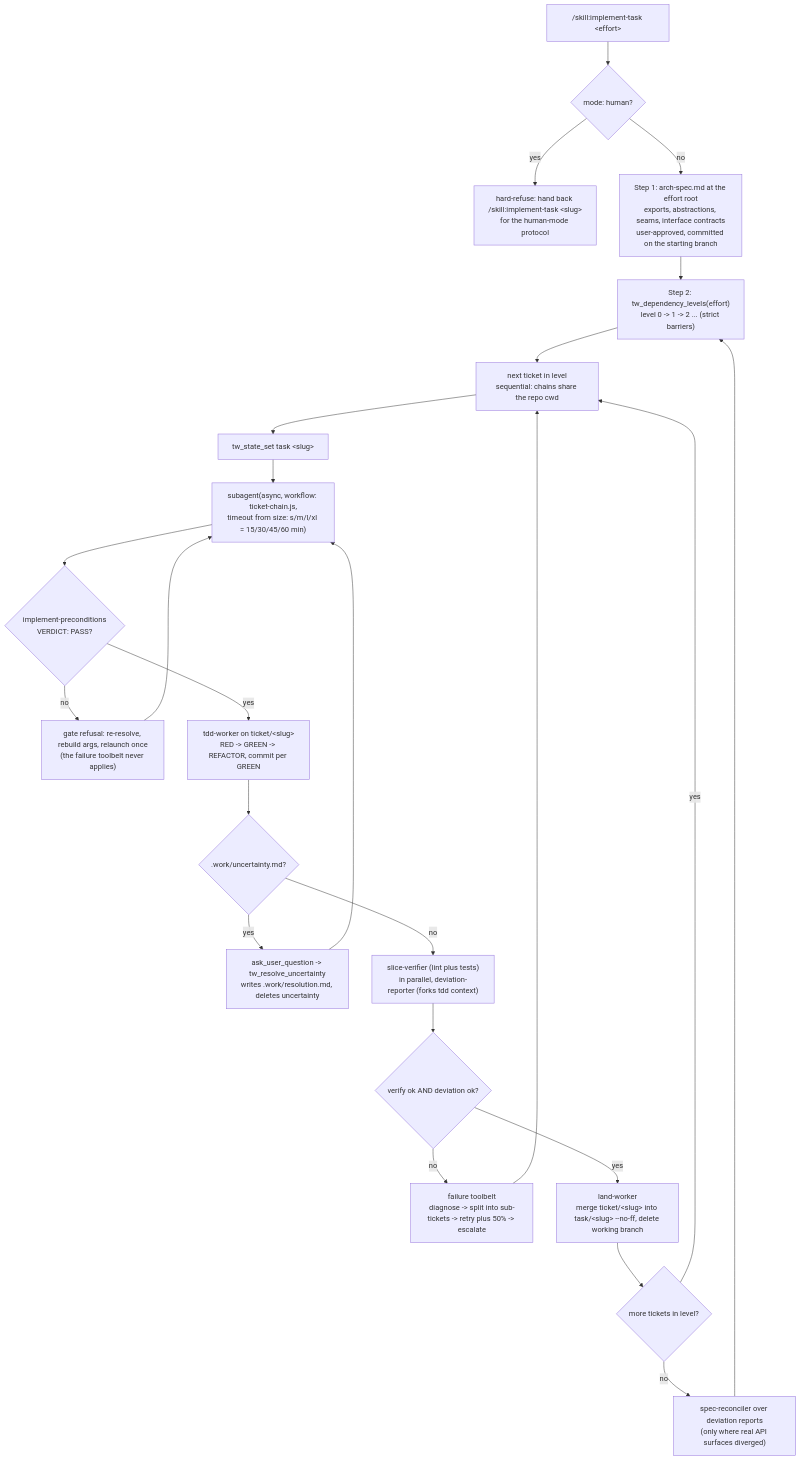
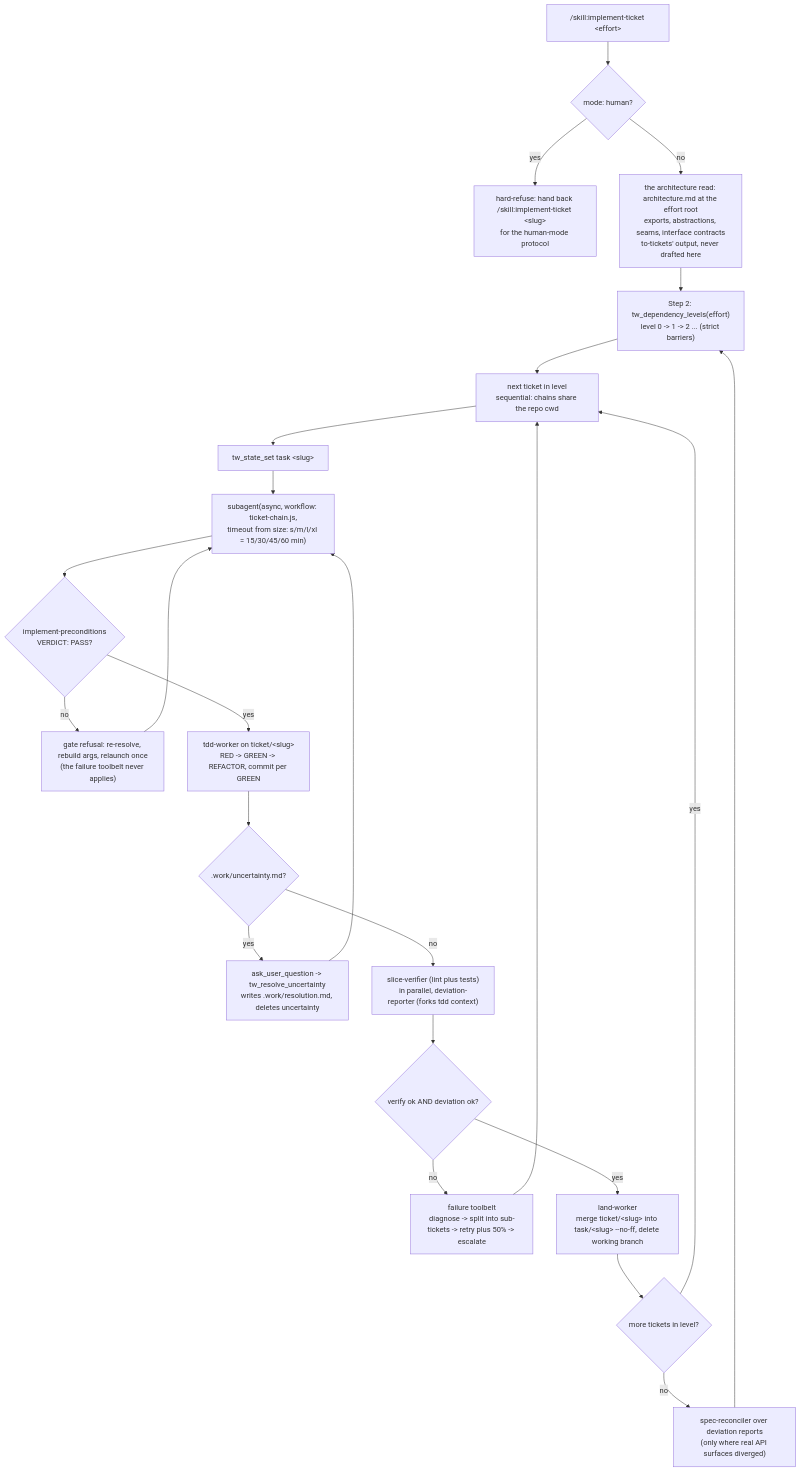
Before and after one commit to Y4shin/skills: the second of 4 diagrams in docs/workflow-flows.md, drawn with Mermaid. The commit also changed other lines of this file and 45 other files, not shown here.

Commit message:
wip: implement-ticket-skill model-invoked skill opens through tw_open; missing or unstable architecture refused, never drafted

````diff
--- a/docs/workflow-flows.md
+++ b/docs/workflow-flows.md
@@ -93,27 +95,27 @@
 ```mermaid
 flowchart TD
-    EFF["/skill:implement-task &lt;effort&gt;"] --> GATE0{"mode: human?"}
-    GATE0 -- "yes" --> REFUSE0["hard-refuse: hand back /skill:implement-task &lt;slug&gt;<br/>for the human-mode protocol"]
-    GATE0 -- "no" --> ARCH["Step 1: arch-spec.md at the effort root<br/>exports, abstractions, seams, interface contracts<br/>user-approved, committed on the starting branch"]
+    EFF["/skill:implement-ticket &lt;effort&gt;"] --> GATE0{"mode: human?"}
+    GATE0 -- "yes" --> REFUSE0["hard-refuse: hand back /skill:implement-ticket &lt;slug&gt;<br/>for the human-mode protocol"]
+    GATE0 -- "no" --> ARCH["the architecture read: architecture.md at the effort root<br/>exports, abstractions, seams, interface contracts<br/>to-tickets' output, never drafted here"]
     ARCH --> LEVELS["Step 2: tw_dependency_levels(effort)<br/>level 0 -> 1 -> 2 ... (strict barriers)"]
     LEVELS --> PICK["next ticket in level<br/>sequential: chains share the repo cwd"]
     PICK --> STATE["tw_state_set task &lt;slug&gt;"]
     STATE --> CHAIN["subagent(async, workflow: ticket-chain.js,<br/>timeout from size: s/m/l/xl = 15/30/45/60 min)"]
 
     CHAIN --> GATE{"implement-preconditions<br/>VERDICT: PASS?"}
     GATE -- "no" --> GR["gate refusal: re-resolve, rebuild args, relaunch once<br/>(the failure toolbelt never applies)"]
     GR --> CHAIN
     GATE -- "yes" --> TDD["tdd-worker on ticket/&lt;slug&gt;<br/>RED -> GREEN -> REFACTOR, commit per GREEN"]
     TDD --> UNC{".work/uncertainty.md?"}
     UNC -- "yes" --> RES["ask_user_question -> tw_resolve_uncertainty<br/>writes .work/resolution.md, deletes uncertainty"]
     RES --> CHAIN
     UNC -- "no" --> VER["slice-verifier (lint plus tests)<br/>in parallel, deviation-reporter (forks tdd context)"]
     VER --> OK{"verify ok AND deviation ok?"}
     OK -- "no" --> BELT["failure toolbelt<br/>diagnose -> split into sub-tickets -> retry plus 50% -> escalate"]
     BELT --> PICK
     OK -- "yes" --> LAND["land-worker<br/>merge ticket/&lt;slug&gt; into task/&lt;slug&gt; --no-ff, delete working branch"]
     LAND --> MOREIN{"more tickets in level?"}
     MOREIN -- "yes" --> PICK
     MOREIN -- "no" --> REC["spec-reconciler over deviation reports<br/>(only where real API surfaces diverged)"]
     REC --> LEVELS
 ```
````
